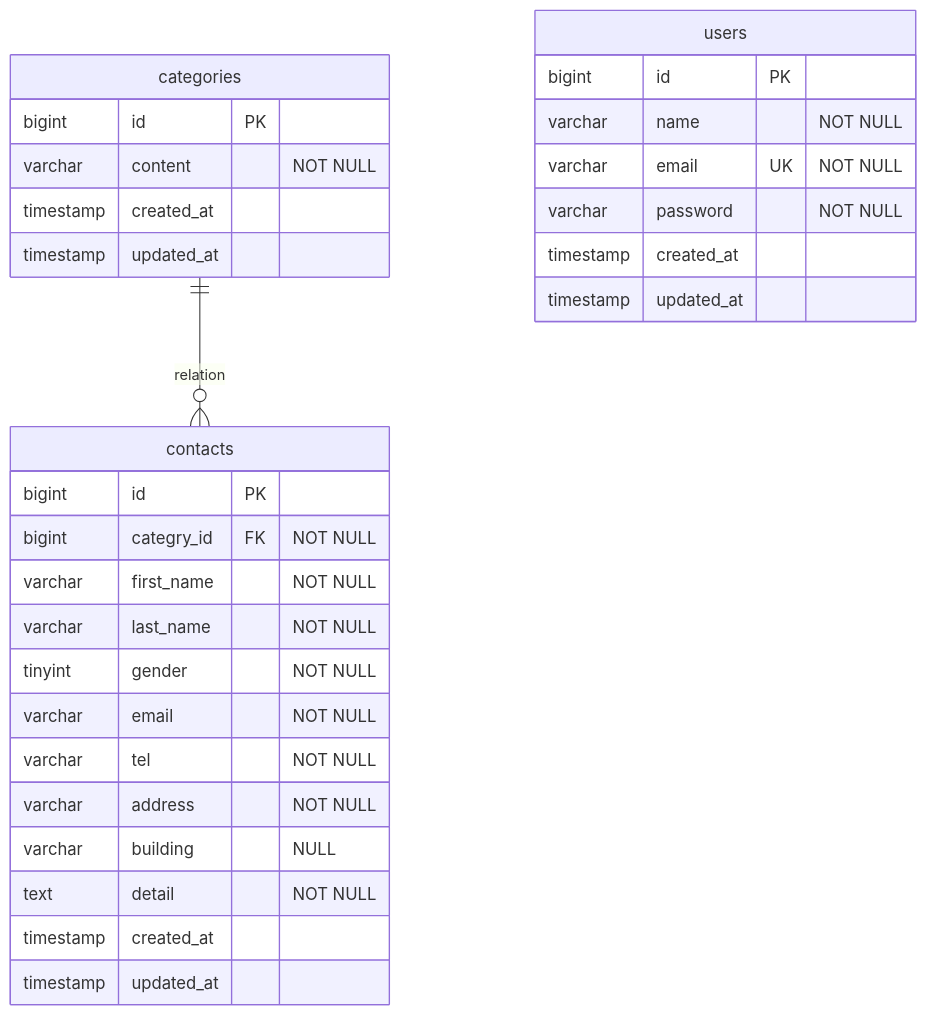
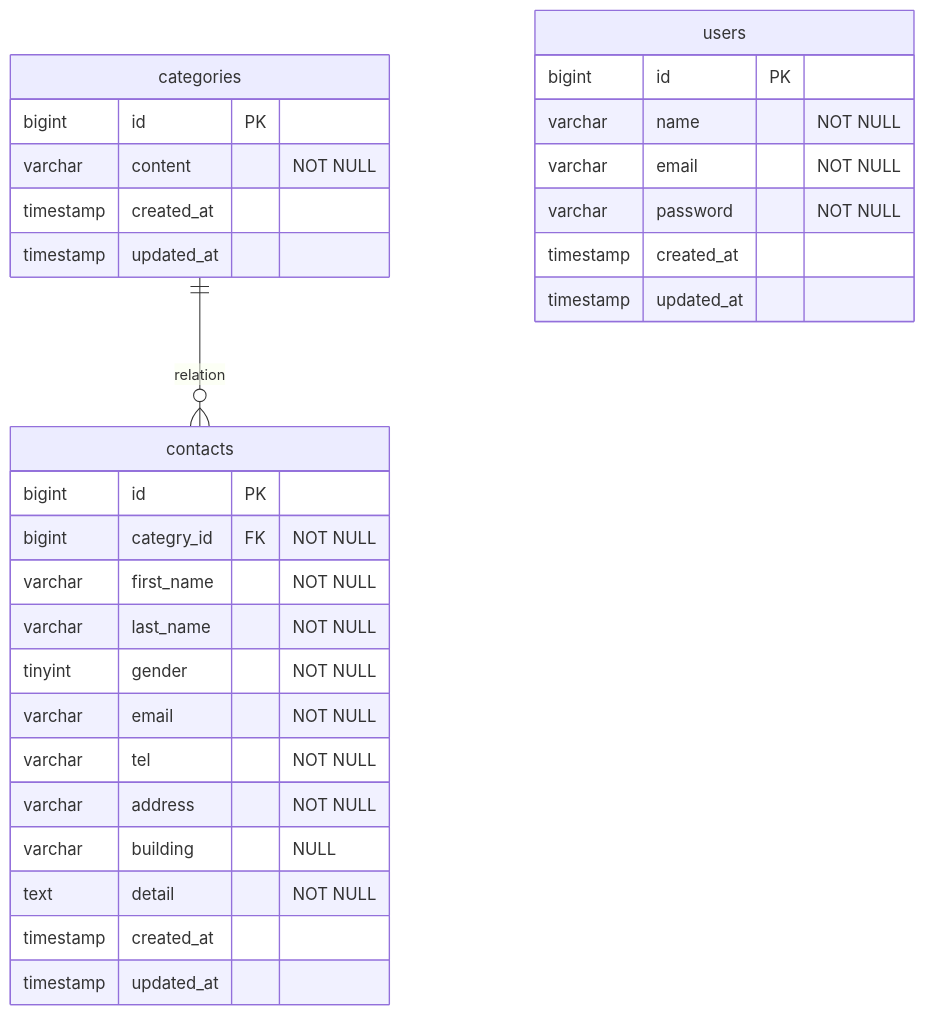
Before and after one commit to taka-h8412/fashionably-late: the diagram in README.md, drawn with Mermaid.

Commit message:
Update ER diagram

````diff
--- a/README.md
+++ b/README.md
@@ -30,35 +30,35 @@
 ```mermaid
 erDiagram
     categories {
         bigint id PK
         varchar content "NOT NULL"
         timestamp created_at
         timestamp updated_at
     }
 
     contacts {
         bigint id PK
         bigint categry_id FK "NOT NULL"
         varchar first_name "NOT NULL"
         varchar last_name "NOT NULL"
         tinyint gender "NOT NULL"
         varchar email "NOT NULL"
         varchar tel "NOT NULL"
         varchar address "NOT NULL"
         varchar building "NULL"
         text detail "NOT NULL"
         timestamp created_at
         timestamp updated_at
     }
 
     users {
         bigint id PK
         varchar name "NOT NULL"
-        varchar email UK "NOT NULL"
+        varchar email "NOT NULL"
         varchar password "NOT NULL"
         timestamp created_at
         timestamp updated_at
     }
 
     categories ||--o{ contacts : relation
 ```
````
